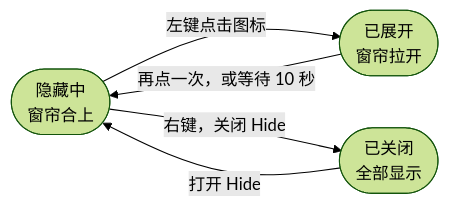
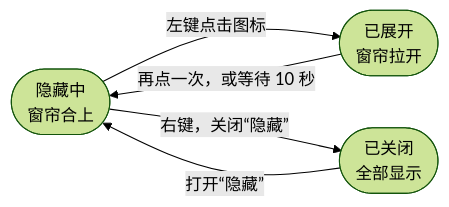
One commit to dohyoh/menubar-manager changed the diagram in README_CN.md. Above: the diagram before and after it, drawn with Mermaid (forest theme). The commit also changed other lines of this file and 33 other files, not shown here.

````diff
--- a/README_CN.md
+++ b/README_CN.md
@@ -66,10 +66,10 @@
 ```mermaid
 flowchart LR
     H(["隐藏中<br/>窗帘合上"])
     E(["已展开<br/>窗帘拉开"])
     O(["已关闭<br/>全部显示"])
     H -- "左键点击图标" --> E
     E -- "再点一次，或等待 10 秒" --> H
-    H -- "右键，关闭 Hide" --> O
-    O -- "打开 Hide" --> H
+    H -- "右键，关闭“隐藏”" --> O
+    O -- "打开“隐藏”" --> H
 ```
````
